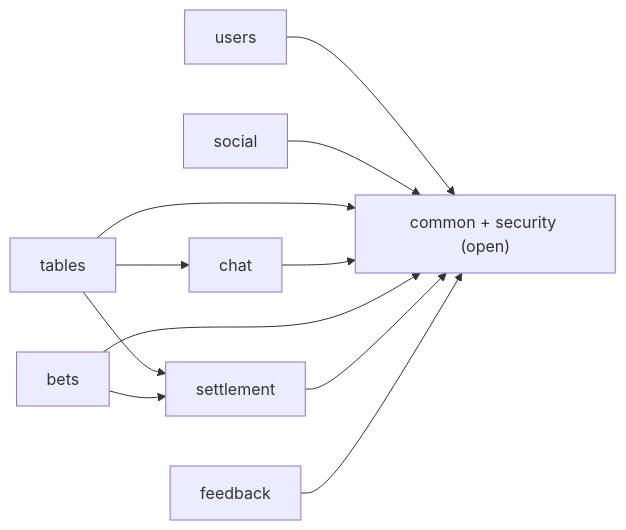
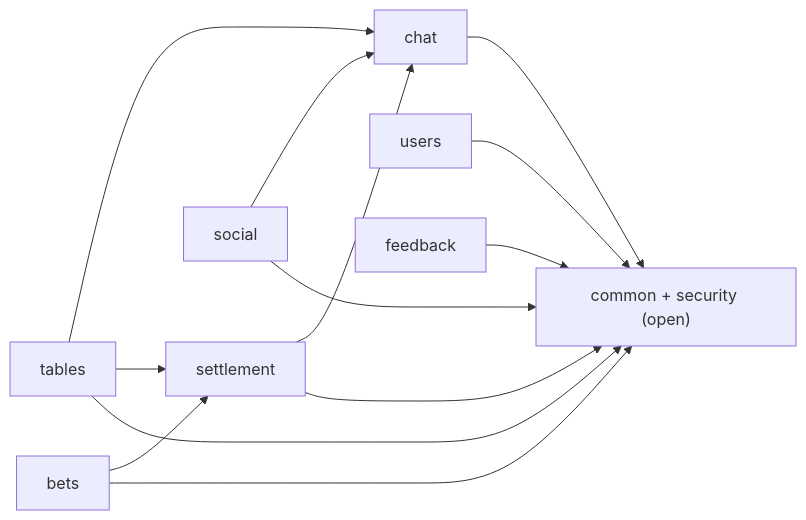
One commit to jackhudsonnnn/PVPicks changed the second of 3 diagrams in docs/site/architecture.md. Above: the diagram before and after it, drawn with Mermaid. The commit also changed other lines of this file and 2 other files, not shown here.

Commit message:
Document the outbox catalog and chat message writer

````diff
--- a/docs/site/architecture.md
+++ b/docs/site/architecture.md
@@ -30,7 +30,9 @@
 ```mermaid
 flowchart LR
   tables --> chat
   tables --> settlement
+  social --> chat
+  settlement --> chat
   bets --> settlement
   users & social & tables & chat & bets & settlement & feedback --> shared["common + security (open)"]
 ```
````
